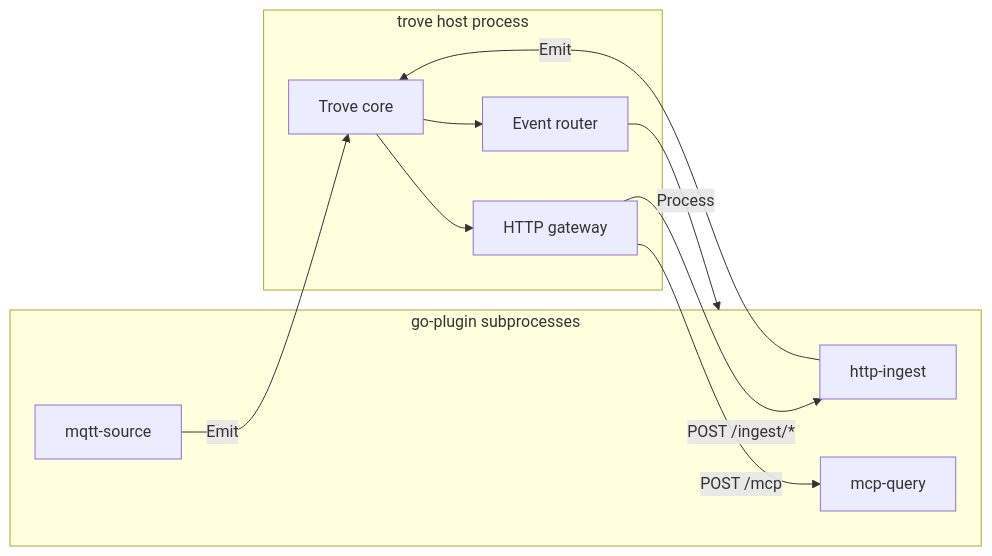
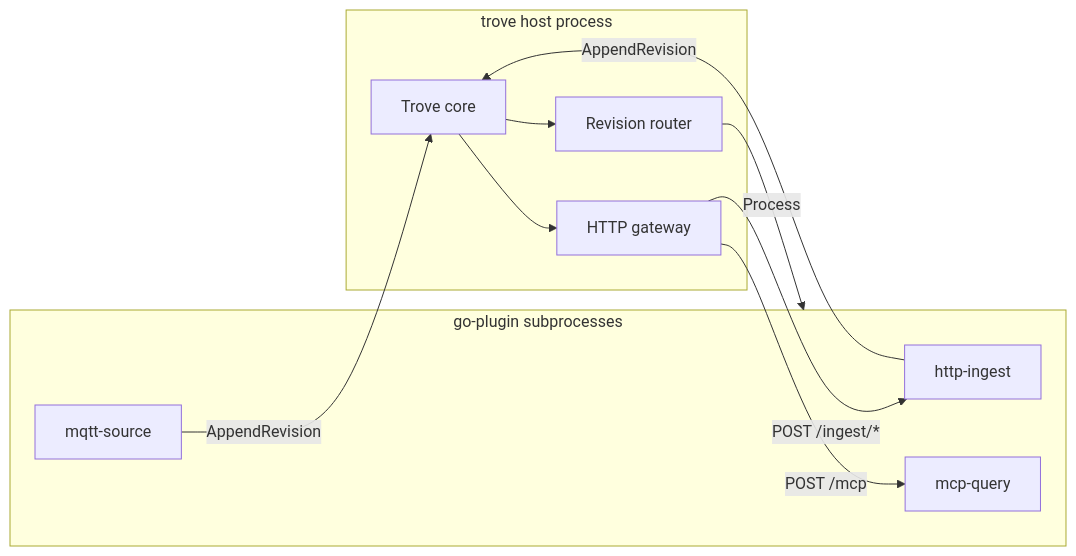
One commit to joshmcarthur/trove-project changed the diagram in docs/concepts/modules.md. Above: the diagram before and after it, drawn with Mermaid. The commit also changed other lines of this file and 11 other files, not shown here.

First line of the commit message:
docs: content graph, references, and provenance (#117)

````diff
--- a/docs/concepts/modules.md
+++ b/docs/concepts/modules.md
@@ -12,22 +12,22 @@
 ```mermaid
 flowchart LR
   subgraph host [trove host process]
     core[Trove core]
     gateway[HTTP gateway]
-    router[Event router]
+    router[Revision router]
     core --> gateway
     core --> router
   end
 
   subgraph subprocesses [go-plugin subprocesses]
     httpIngest[http-ingest]
     mcpQuery[mcp-query]
     mqtt[mqtt-source]
   end
 
   gateway -->|"POST /ingest/*"| httpIngest
   gateway -->|"POST /mcp"| mcpQuery
-  httpIngest -->|Emit| core
-  mqtt -->|Emit| core
+  httpIngest -->|AppendRevision| core
+  mqtt -->|AppendRevision| core
   router -->|Process| subprocesses
 ```
````
